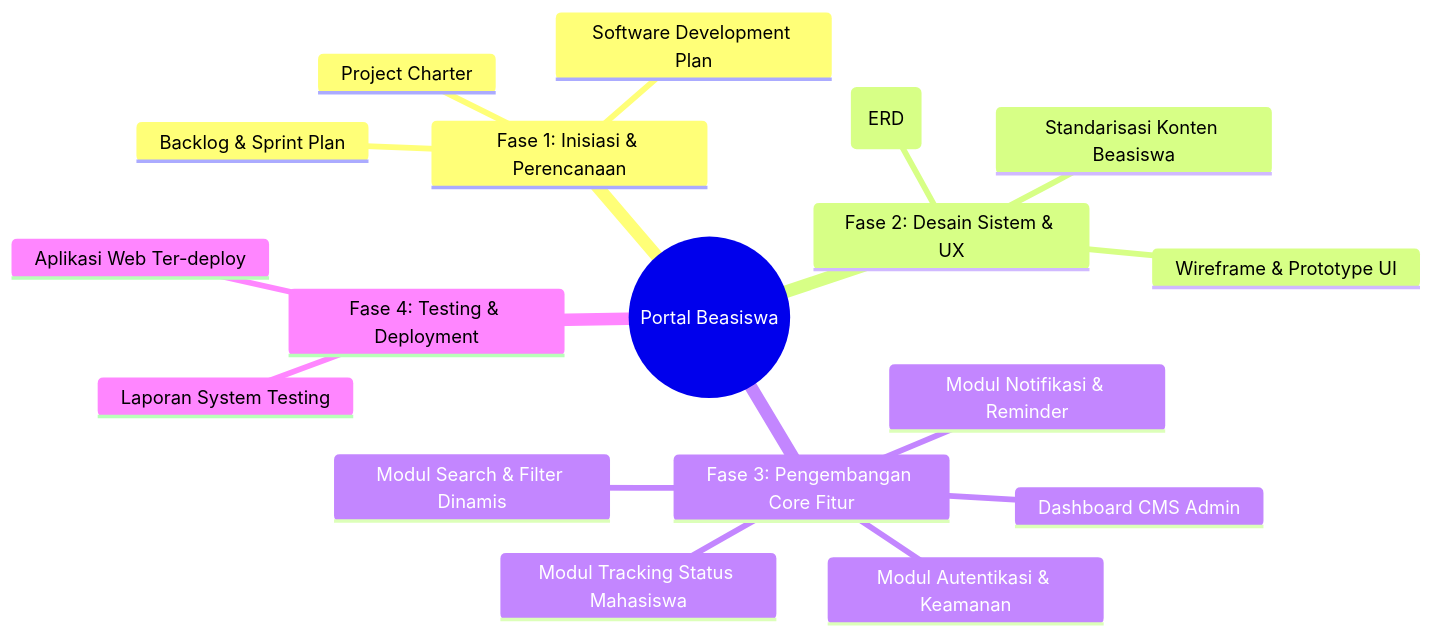
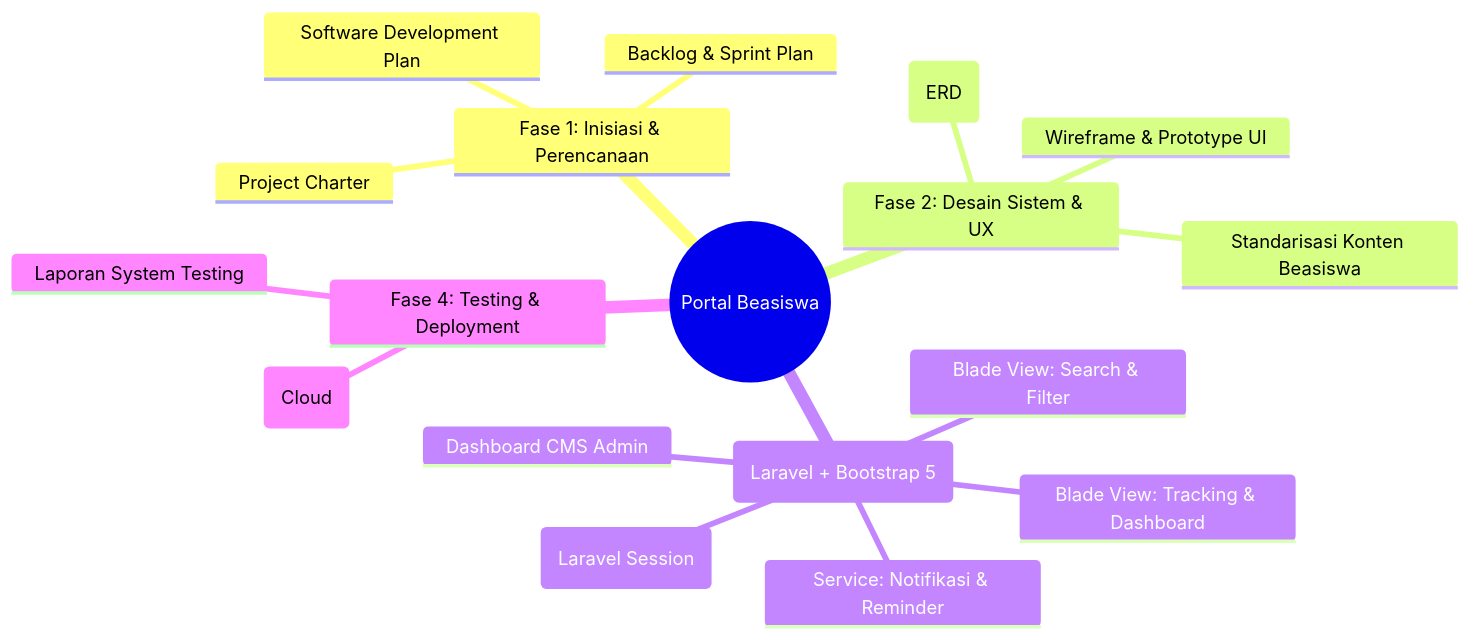
The second of 3 diagrams in docs/Management/Software_Development_Plan.md (jeebrielibr/ManproInfoBea), drawn with Mermaid before and after one commit. The commit also changed other lines of this file and 6 other files, not shown here.

````diff
--- a/docs/Management/Software_Development_Plan.md
+++ b/docs/Management/Software_Development_Plan.md
@@ -95,21 +95,21 @@
 ```mermaid
 mindmap
   root((Portal Beasiswa))
     Fase 1: Inisiasi & Perencanaan
       Project Charter
       Software Development Plan
       Backlog & Sprint Plan
     Fase 2: Desain Sistem & UX
       Wireframe & Prototype UI
       Database Schema (ERD)
       Standarisasi Konten Beasiswa
-    Fase 3: Pengembangan Core Fitur
-      Modul Autentikasi & Keamanan
-      Modul Search & Filter Dinamis
-      Modul Notifikasi & Reminder
-      Modul Tracking Status Mahasiswa
+    Fase 3: Pengembangan Core Fitur (Laravel + Bootstrap 5)
+      Modul Autentikasi (Laravel Session)
+      Blade View: Search & Filter
+      Service: Notifikasi & Reminder
+      Blade View: Tracking & Dashboard
       Dashboard CMS Admin
     Fase 4: Testing & Deployment
       Laporan System Testing
-      Aplikasi Web Ter-deploy
+      Aplikasi Web Ter-deploy (Cloud)
 ```
````
